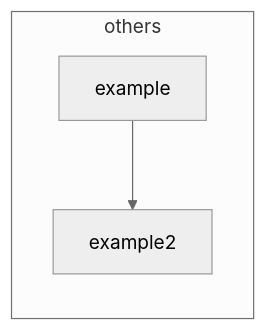
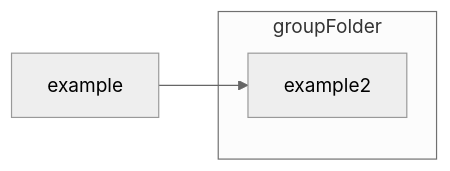
One commit to iurysza/module-graph changed the diagram in example/README.md. Above: the diagram before and after it, drawn with Mermaid. The commit also changed 6 other files, not shown here.

Commit message:
Change logic to remove group for projects without parent folder

````diff
--- a/example/README.md
+++ b/example/README.md
@@ -2,14 +2,13 @@
 ```mermaid
 %%{
   init: {
     'theme': 'neutral'
   }
 }%%
 
 graph LR
-  subgraph others
-    example
+  subgraph groupFolder
     example2
   end
   example --> example2
 ```
````
